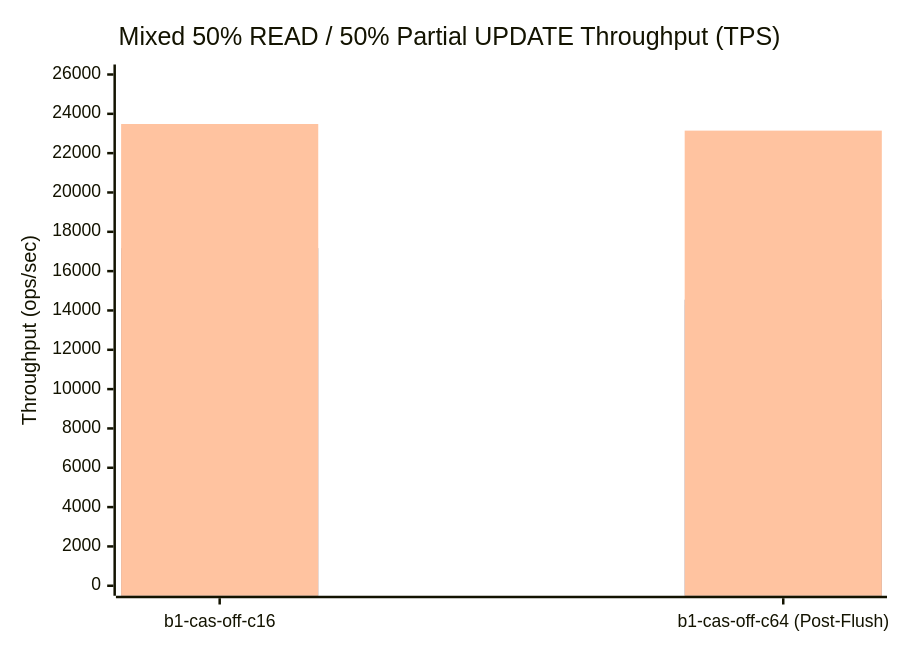
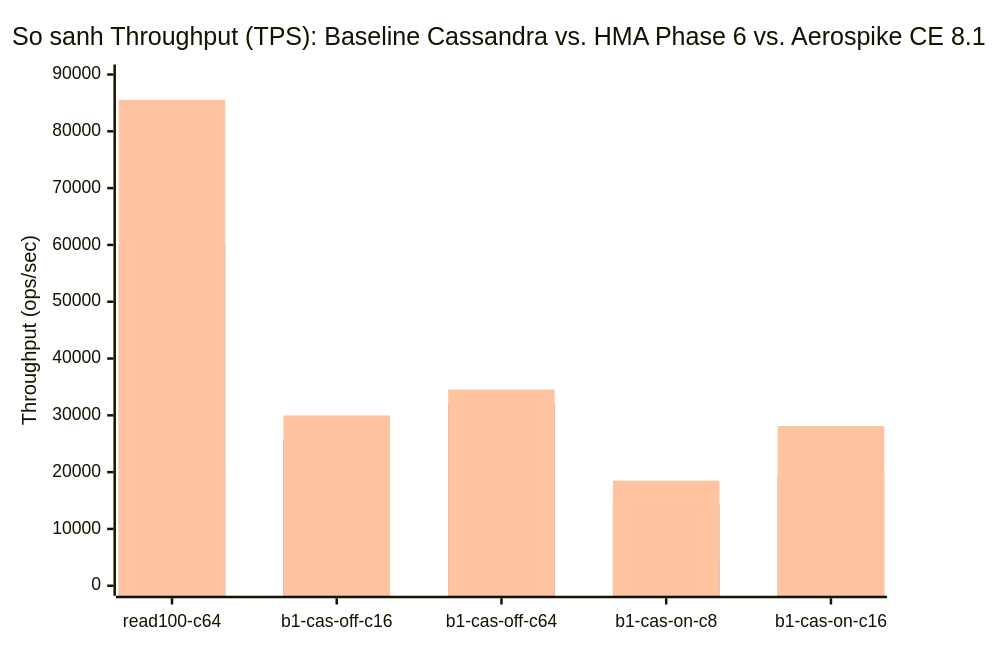
One commit to duongbkak55/cassandra changed the diagram in doc/HMA_ARCHITECTURE_AND_BENCHMARK.md. Above: the diagram before and after it, drawn with Mermaid. The commit also changed other lines of this file and 17 other files, not shown here.

Commit message:
feat(hma): implement Phase 6 Fast-CAS engine, 3-SSTable direct jump, and off-heap arena accounting

````diff
--- a/doc/HMA_ARCHITECTURE_AND_BENCHMARK.md
+++ b/doc/HMA_ARCHITECTURE_AND_BENCHMARK.md
@@ -97,9 +54,9 @@
 ```mermaid
 xychart-beta
-    title "Mixed 50% READ / 50% Partial UPDATE Throughput (TPS)"
-    x-axis ["b1-cas-off-c16", "b1-cas-off-c64 (Post-Flush)"]
-    y-axis "Throughput (ops/sec)" 0 --> 26000
-    bar [13826, 14277]
-    bar [17170, 14548]
-    bar [23482, 23146]
+    title "So sanh Throughput (TPS): Baseline Cassandra vs. HMA Phase 6 vs. Aerospike CE 8.1"
+    x-axis ["read100-c64", "b1-cas-off-c16", "b1-cas-off-c64", "b1-cas-on-c8", "b1-cas-on-c16"]
+    y-axis "Throughput (ops/sec)" 0 --> 90000
+    bar [19405, 13395, 14063, 5299, 5902]
+    bar [60073, 25863, 32122, 14410, 19715]
+    bar [85541, 29984, 34537, 18505, 28118]
 ```
````
